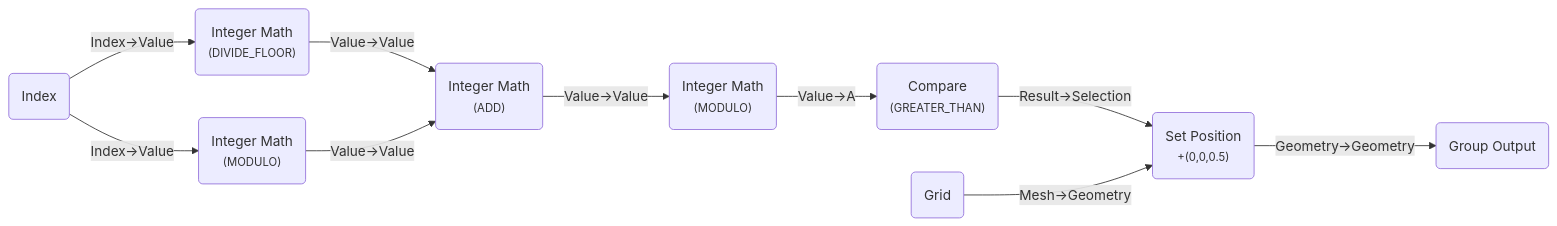
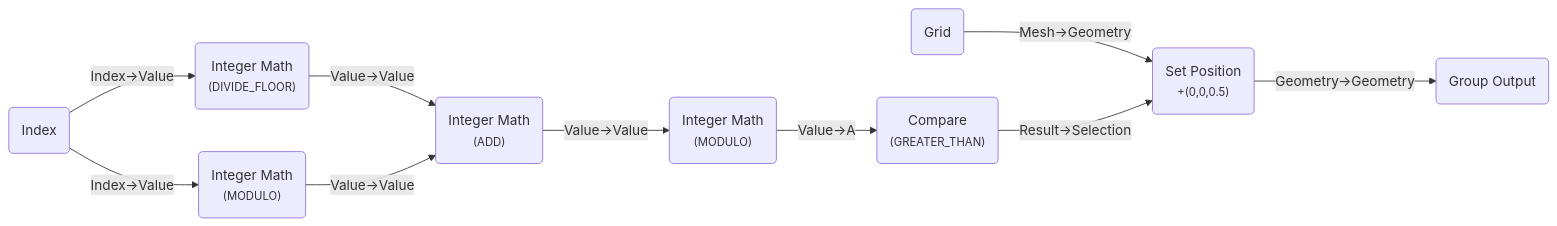
The ninth of 11 diagrams in operators.llms.md (BradyAJohnston/nodebpy), drawn with Mermaid before and after one commit. The commit also changed other lines of this file and 104 other files, not shown here.

````diff
--- a/operators.llms.md
+++ b/operators.llms.md
@@ -331,21 +331,21 @@
 ``` mermaid
 graph LR
     N0("Index"):::input-node
     N1("Integer Math<br/><small>(DIVIDE_FLOOR)</small>"):::converter-node
     N2("Integer Math<br/><small>(MODULO)</small>"):::converter-node
     N3("Integer Math<br/><small>(ADD)</small>"):::converter-node
     N4("Integer Math<br/><small>(MODULO)</small>"):::converter-node
     N5("Grid"):::geometry-node
     N6("Compare<br/><small>(GREATER_THAN)</small>"):::converter-node
     N7("Set Position<br/><small>+(0,0,0.5)</small>"):::geometry-node
     N8("Group Output"):::default-node
     N0 -->|"Index->Value"| N1
     N0 -->|"Index->Value"| N2
     N1 -->|"Value->Value"| N3
     N2 -->|"Value->Value"| N3
     N3 -->|"Value->Value"| N4
     N4 -->|"Value->A"| N6
+    N5 -->|"Mesh->Geometry"| N7
     N6 -->|"Result->Selection"| N7
-    N5 -->|"Mesh->Geometry"| N7
     N7 -->|"Geometry->Geometry"| N8
 ```
````
